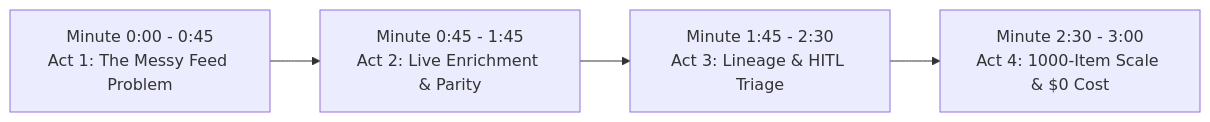
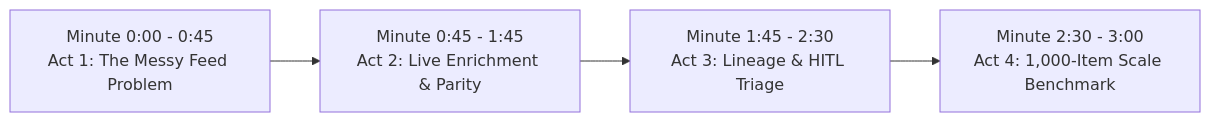
One commit to Adityaraj1969/AI-Powered-Product-Intelligence-for-Industrial-Commerce changed the first of 2 diagrams in docs/Demo.md. Above: the diagram before and after it, drawn with Mermaid. The commit also changed other lines of this file and 7 other files, not shown here.

````diff
--- a/docs/Demo.md
+++ b/docs/Demo.md
@@ -18,6 +18,6 @@
 ```mermaid
 graph LR
     A["Minute 0:00 - 0:45<br/>Act 1: The Messy Feed Problem"] --> B["Minute 0:45 - 1:45<br/>Act 2: Live Enrichment & Parity"]
     B --> C["Minute 1:45 - 2:30<br/>Act 3: Lineage & HITL Triage"]
-    C --> D["Minute 2:30 - 3:00<br/>Act 4: 1000-Item Scale & $0 Cost"]
+    C --> D["Minute 2:30 - 3:00<br/>Act 4: 1,000-Item Scale Benchmark"]
 ```
````
